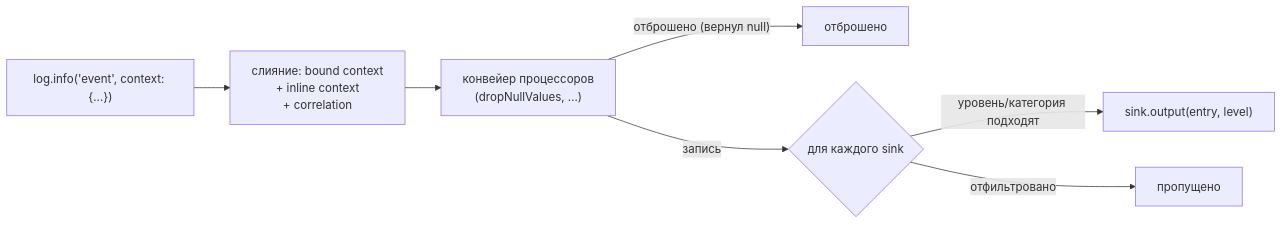
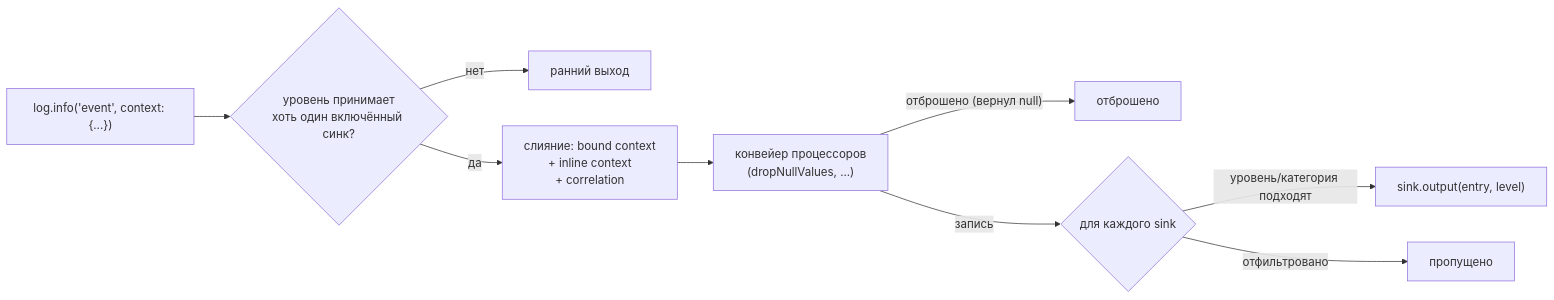
The diagram in emb/structured_log/README.ru.md (pese-git/structured_log), drawn with Mermaid before and after one commit. The commit also changed other lines of this file and 4 other files, not shown here.

````diff
--- a/emb/structured_log/README.ru.md
+++ b/emb/structured_log/README.ru.md
@@ -107,9 +112,11 @@
 ```mermaid
 flowchart LR
-    A["log.info('event', context: {...})"] --> B["слияние: bound context<br/>+ inline context<br/>+ correlation"]
+    A["log.info('event', context: {...})"] --> L{"уровень принимает<br/>хоть один включённый синк?"}
+    L -->|нет| Y[ранний выход]
+    L -->|да| B["слияние: bound context<br/>+ inline context<br/>+ correlation"]
     B --> C["конвейер процессоров<br/>(dropNullValues, ...)"]
     C -->|"отброшено (вернул null)"| X[отброшено]
     C -->|запись| D{"для каждого sink"}
     D -->|"уровень/категория подходят"| E["sink.output(entry, level)"]
     D -->|"отфильтровано"| F[пропущено]
 ```
````
